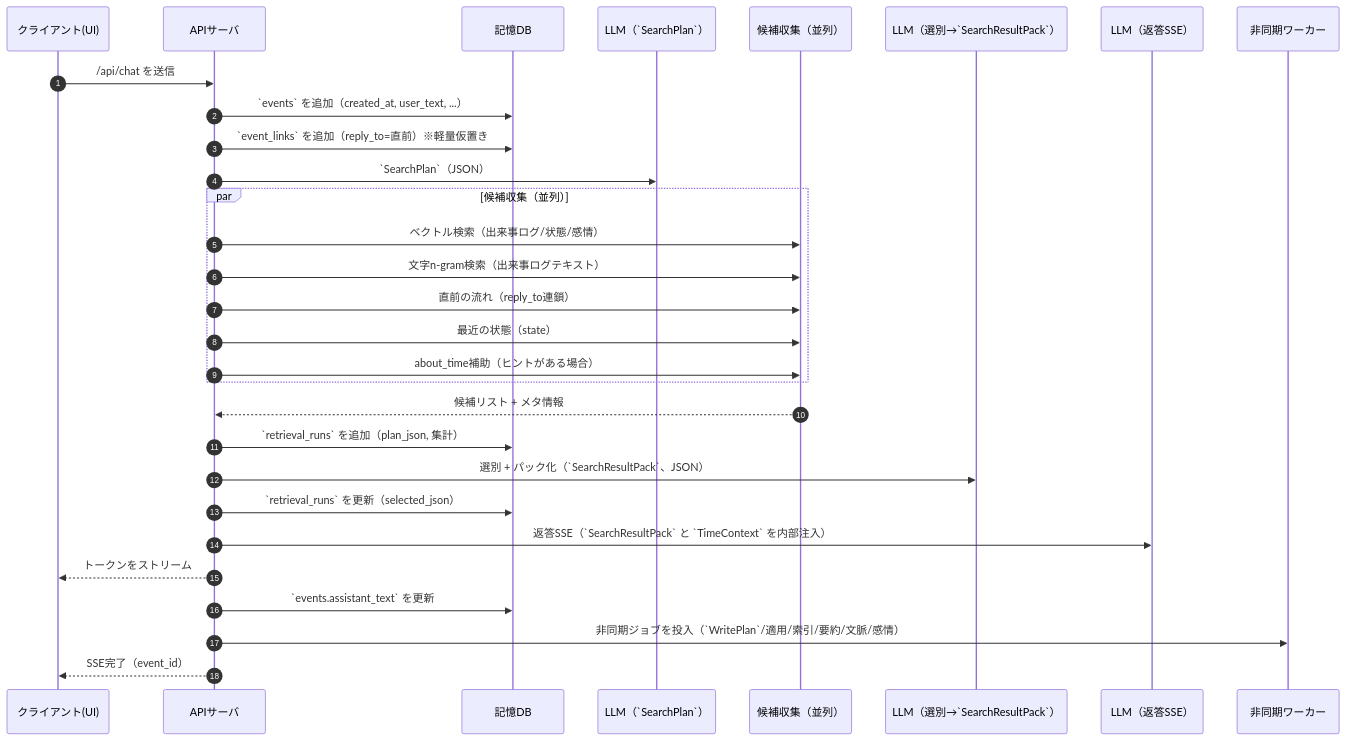
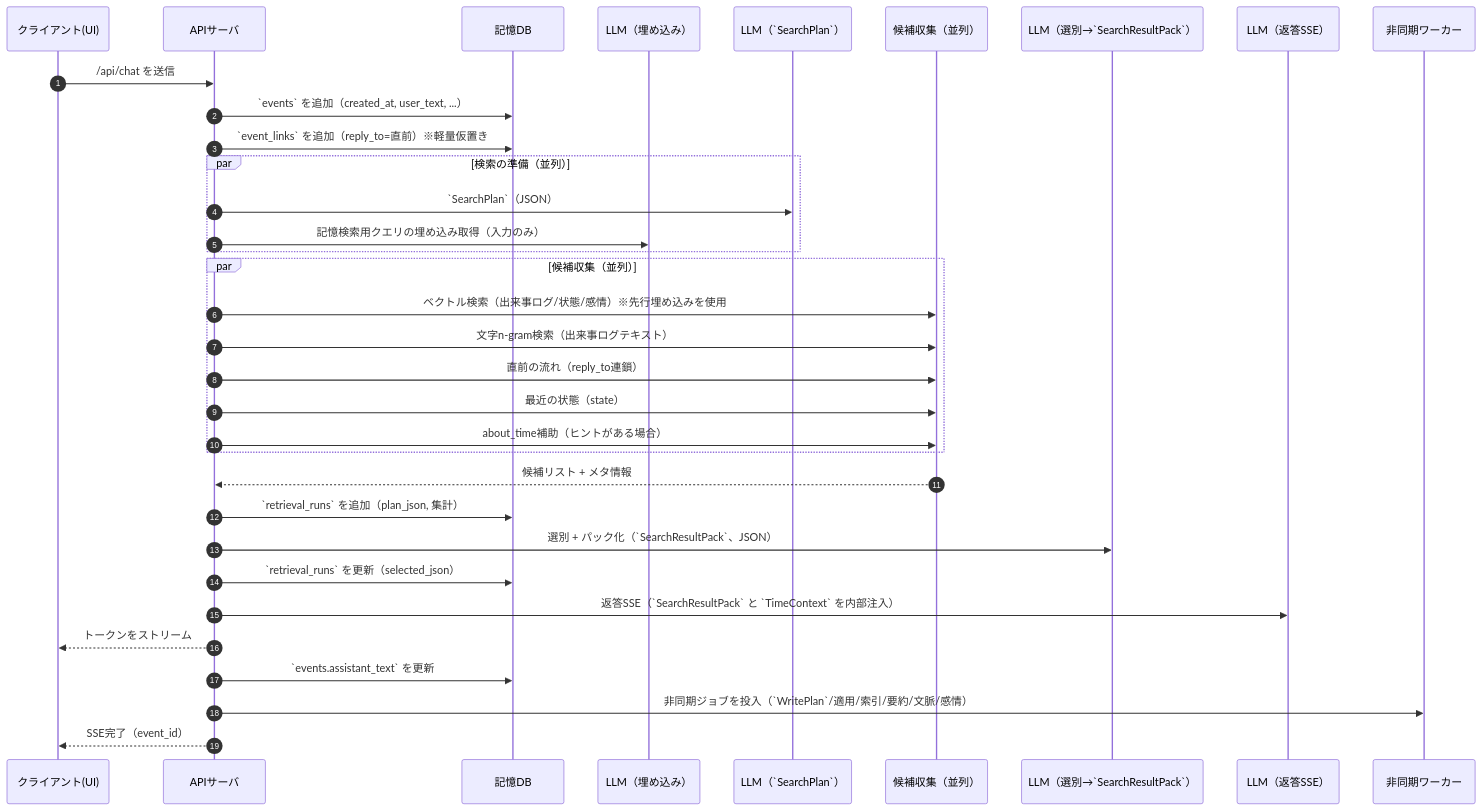
Before and after one commit to hirona98/CocoroGhost: the diagram in docs/10_実行フロー.md, drawn with Mermaid. The commit also changed 2 other files, not shown here.

Commit message:
検索プラン策定と埋め込みを並列化

````diff
--- a/docs/10_実行フロー.md
+++ b/docs/10_実行フロー.md
@@ -20,33 +20,37 @@
 ```mermaid
 sequenceDiagram
-  autonumber
-  participant UI as クライアント(UI)
-  participant API as APIサーバ
-  participant DB as 記憶DB
-  participant L1 as LLM（`SearchPlan`）
-  participant G as 候補収集（並列）
-  participant L2 as LLM（選別→`SearchResultPack`）
-  participant L3 as LLM（返答SSE）
-  participant W as 非同期ワーカー
+	  autonumber
+	  participant UI as クライアント(UI)
+	  participant API as APIサーバ
+	  participant DB as 記憶DB
+	  participant L0 as LLM（埋め込み）
+	  participant L1 as LLM（`SearchPlan`）
+	  participant G as 候補収集（並列）
+	  participant L2 as LLM（選別→`SearchResultPack`）
+	  participant L3 as LLM（返答SSE）
+	  participant W as 非同期ワーカー
 
-  UI->>API: /api/chat を送信
-  API->>DB: `events` を追加（created_at, user_text, ...）
-  API->>DB: `event_links` を追加（reply_to=直前）※軽量仮置き
-  API->>L1: `SearchPlan`（JSON）
-  par 候補収集（並列）
-    API->>G: ベクトル検索（出来事ログ/状態/感情）
-    API->>G: 文字n-gram検索（出来事ログテキスト）
-    API->>G: 直前の流れ（reply_to連鎖）
-    API->>G: 最近の状態（state）
-    API->>G: about_time補助（ヒントがある場合）
-  end
+	  UI->>API: /api/chat を送信
+	  API->>DB: `events` を追加（created_at, user_text, ...）
+	  API->>DB: `event_links` を追加（reply_to=直前）※軽量仮置き
+	  par 検索の準備（並列）
+	    API->>L1: `SearchPlan`（JSON）
+	    API->>L0: 記憶検索用クエリの埋め込み取得（入力のみ）
+	  end
+	  par 候補収集（並列）
+	    API->>G: ベクトル検索（出来事ログ/状態/感情）※先行埋め込みを使用
+	    API->>G: 文字n-gram検索（出来事ログテキスト）
+	    API->>G: 直前の流れ（reply_to連鎖）
+	    API->>G: 最近の状態（state）
+	    API->>G: about_time補助（ヒントがある場合）
+	  end
   G-->>API: 候補リスト + メタ情報
   API->>DB: `retrieval_runs` を追加（plan_json, 集計）
   API->>L2: 選別 + パック化（`SearchResultPack`、JSON）
   API->>DB: `retrieval_runs` を更新（selected_json）
   API->>L3: 返答SSE（`SearchResultPack` と `TimeContext` を内部注入）
   API-->>UI: トークンをストリーム
   API->>DB: `events.assistant_text` を更新
   API->>W: 非同期ジョブを投入（`WritePlan`/適用/索引/要約/文脈/感情）
   API-->>UI: SSE完了（event_id）
 ```
````
